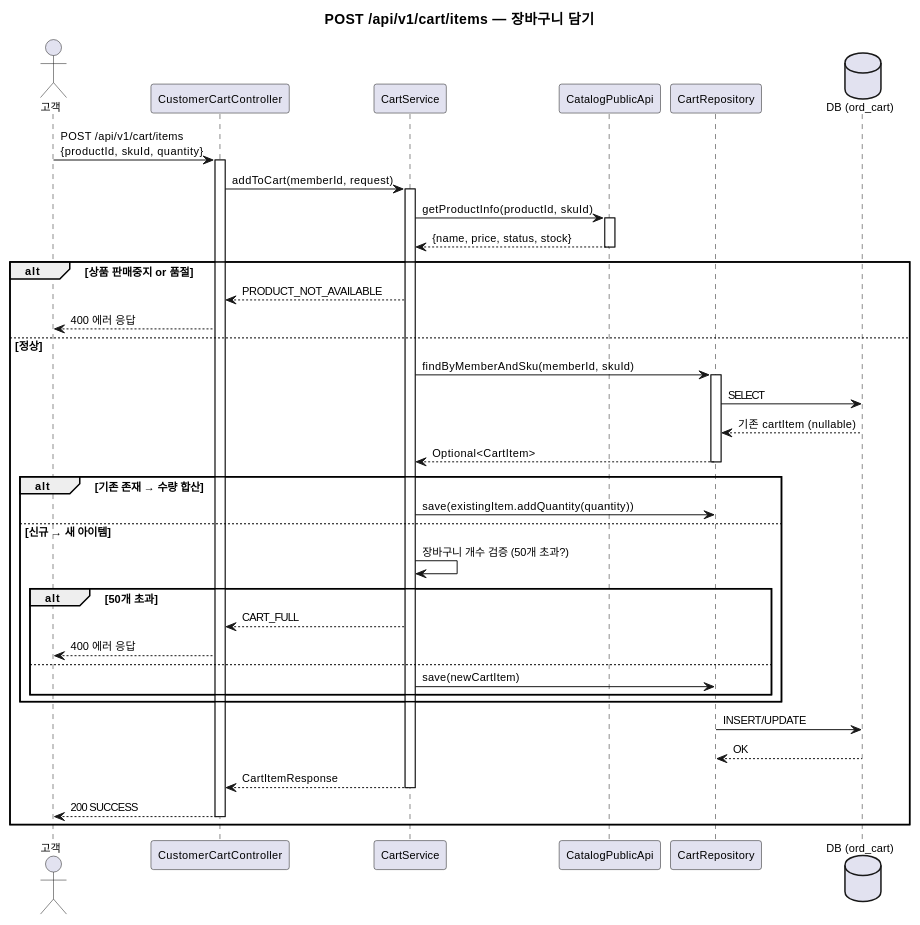
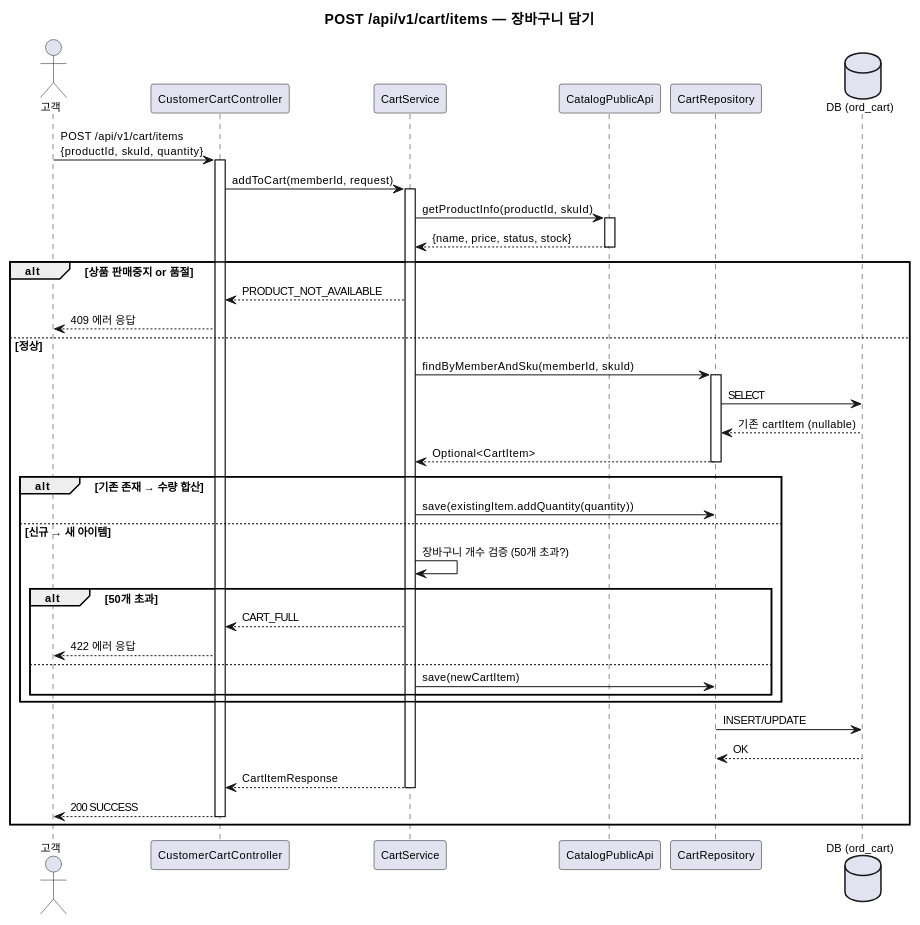
The first of 26 diagrams in docs/자산화-단계별/S3-상세설계/DM-시퀀스(Order-Payment).md (parknahyun/runNShop), drawn with PlantUML before and after one commit. The commit also changed other lines of this file and 39 other files, not shown here.

````diff
--- a/docs/자산화-단계별/S3-상세설계/DM-시퀀스(Order-Payment).md
+++ b/docs/자산화-단계별/S3-상세설계/DM-시퀀스(Order-Payment).md
@@ -49,58 +49,58 @@
 ```plantuml
 @startuml
 skinparam backgroundColor transparent
 skinparam defaultFontSize 11
 title POST /api/v1/cart/items — 장바구니 담기
 
 actor 고객 as Client
 participant "CustomerCartController" as CC
 participant "CartService" as CS
 participant "CatalogPublicApi" as CAT
 participant "CartRepository" as CR
 database "DB (ord_cart)" as DB
 
 Client -> CC : POST /api/v1/cart/items\n{productId, skuId, quantity}
 activate CC
 
 CC -> CS : addToCart(memberId, request)
 activate CS
 
 CS -> CAT : getProductInfo(productId, skuId)
 activate CAT
 CAT --> CS : {name, price, status, stock}
 deactivate CAT
 
 alt 상품 판매중지 or 품절
   CS --> CC : PRODUCT_NOT_AVAILABLE
-  CC --> Client : 400 에러 응답
+  CC --> Client : 409 에러 응답
 else 정상
 
   CS -> CR : findByMemberAndSku(memberId, skuId)
   activate CR
   CR -> DB : SELECT
   DB --> CR : 기존 cartItem (nullable)
   CR --> CS : Optional<CartItem>
   deactivate CR
 
   alt 기존 존재 → 수량 합산
     CS -> CR : save(existingItem.addQuantity(quantity))
   else 신규 → 새 아이템
     CS -> CS : 장바구니 개수 검증 (50개 초과?)
     alt 50개 초과
       CS --> CC : CART_FULL
-      CC --> Client : 400 에러 응답
+      CC --> Client : 422 에러 응답
     else
       CS -> CR : save(newCartItem)
     end
   end
 
   CR -> DB : INSERT/UPDATE
   DB --> CR : OK
   CS --> CC : CartItemResponse
   deactivate CS
   CC --> Client : 200 SUCCESS
   deactivate CC
 end
 
 @enduml
 ```
````
